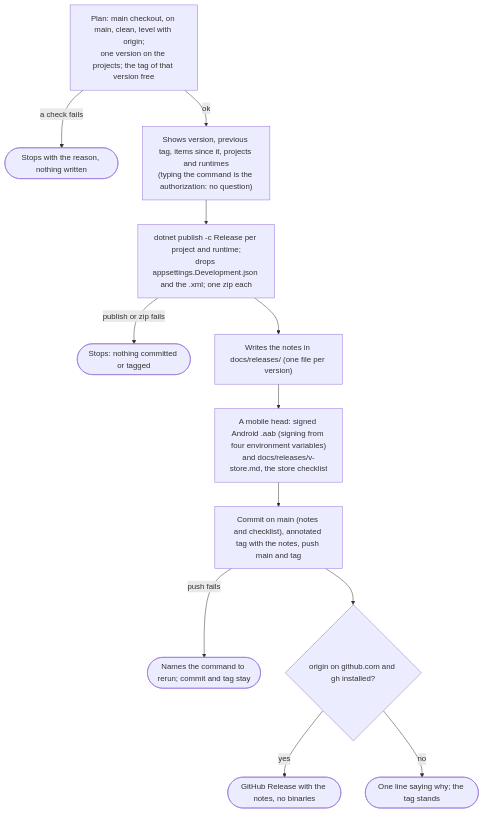
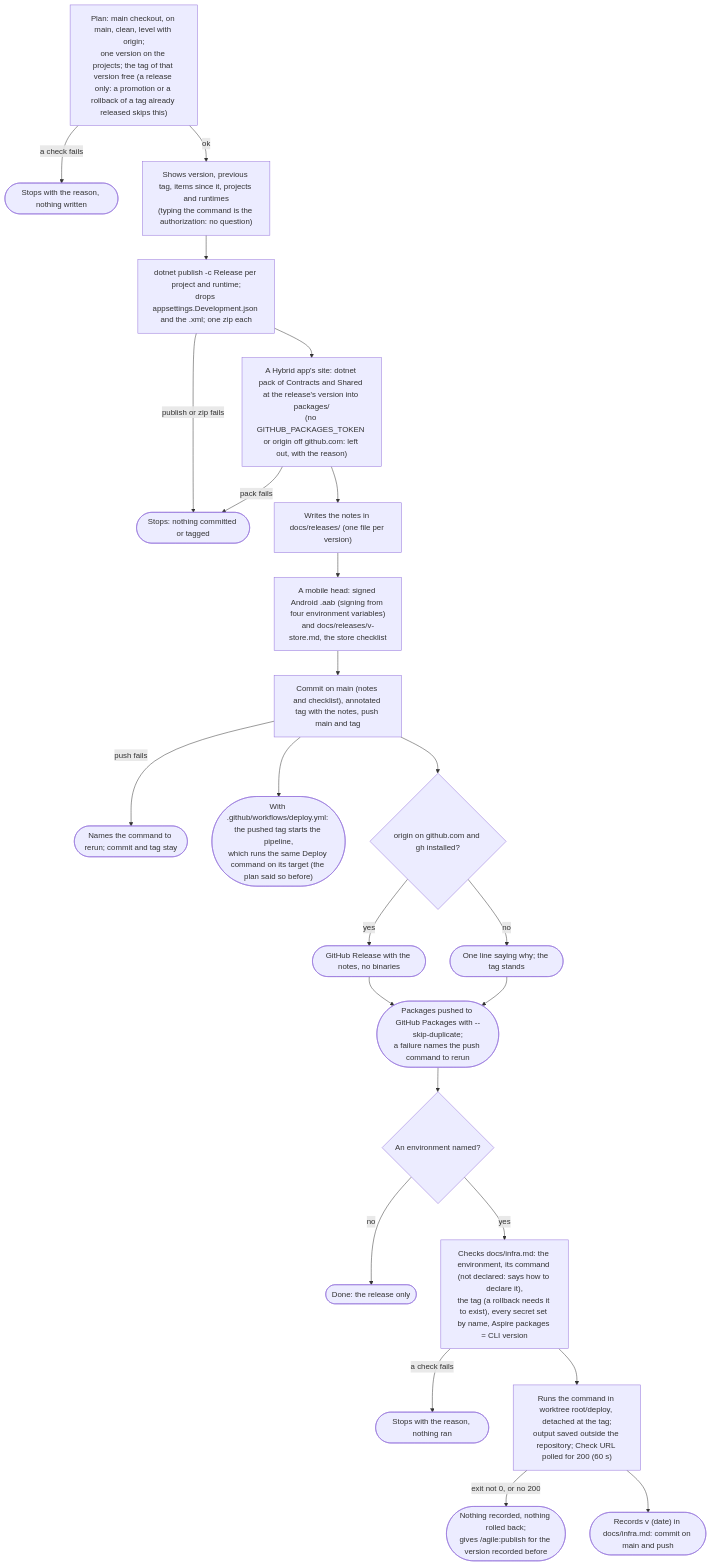
Diagram 20 of 20 in docs/agile/workflow.md (alexcanario/simulab), drawn with Mermaid before and after one commit. The commit also changed other lines of this file and 11 other files, not shown here.

````diff
--- a/docs/agile/workflow.md
+++ b/docs/agile/workflow.md
@@ -2302,14 +2514,26 @@
 ```mermaid
 flowchart TD
-    A["Plan: main checkout, on main, clean, level with origin;<br/>one version on the projects; the tag of that version free"] -->|"a check fails"| A1(["Stops with the reason, nothing written"])
+    A["Plan: main checkout, on main, clean, level with origin;<br/>one version on the projects; the tag of that version free (a release only: a promotion or a rollback of a tag already released skips this)"] -->|"a check fails"| A1(["Stops with the reason, nothing written"])
     A -->|ok| B["Shows version, previous tag, items since it, projects and runtimes<br/>(typing the command is the authorization: no question)"]
     B --> C["dotnet publish -c Release per project and runtime;<br/>drops appsettings.Development.json and the .xml; one zip each"]
     C -->|"publish or zip fails"| C1(["Stops: nothing committed or tagged"])
-    C --> D["Writes the notes in docs/releases/ (one file per version)"]
+    C --> C2["A Hybrid app's site: dotnet pack of Contracts and Shared at the release's version into packages/<br/>(no GITHUB_PACKAGES_TOKEN or origin off github.com: left out, with the reason)"]
+    C2 -->|"pack fails"| C1
+    C2 --> D["Writes the notes in docs/releases/ (one file per version)"]
     D --> D2["A mobile head: signed Android .aab (signing from four environment variables)<br/>and docs/releases/v<Version>-store.md, the store checklist"]
     D2 --> E["Commit on main (notes and checklist), annotated tag with the notes, push main and tag"]
     E -->|"push fails"| E1(["Names the command to rerun; commit and tag stay"])
+    E --> E2(["With .github/workflows/deploy.yml: the pushed tag starts the pipeline,<br/>which runs the same Deploy command on its target (the plan said so before)"])
     E --> F{"origin on github.com and gh installed?"}
     F -->|yes| G(["GitHub Release with the notes, no binaries"])
     F -->|no| H(["One line saying why; the tag stands"])
+    G --> I(["Packages pushed to GitHub Packages with --skip-duplicate;<br/>a failure names the push command to rerun"])
+    H --> I
+    I --> J{"An environment named?"}
+    J -->|no| J0(["Done: the release only"])
+    J -->|yes| K["Checks docs/infra.md: the environment, its command (not declared: says how to declare it),<br/>the tag (a rollback needs it to exist), every secret set by name, Aspire packages = CLI version"]
+    K -->|"a check fails"| K1(["Stops with the reason, nothing ran"])
+    K --> L["Runs the command in worktree root/deploy, detached at the tag;<br/>output saved outside the repository; Check URL polled for 200 (60 s)"]
+    L -->|"exit not 0, or no 200"| L1(["Nothing recorded, nothing rolled back;<br/>gives /agile:publish for the version recorded before"])
+    L --> M(["Records v<x.y.z> (date) in docs/infra.md: commit on main and push"])
 ```
````
